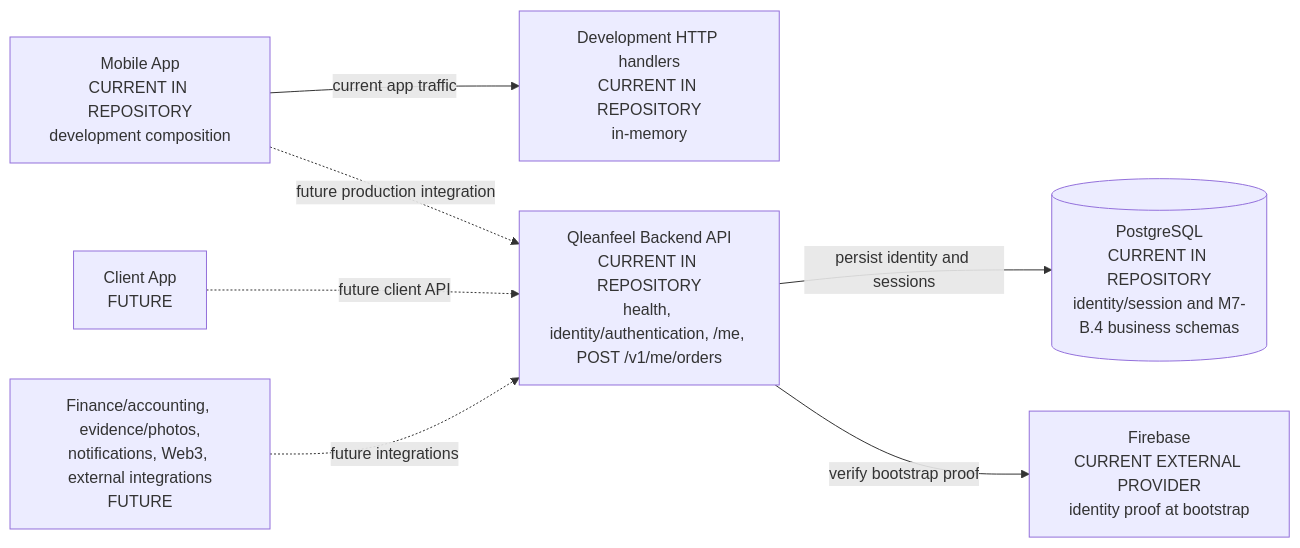
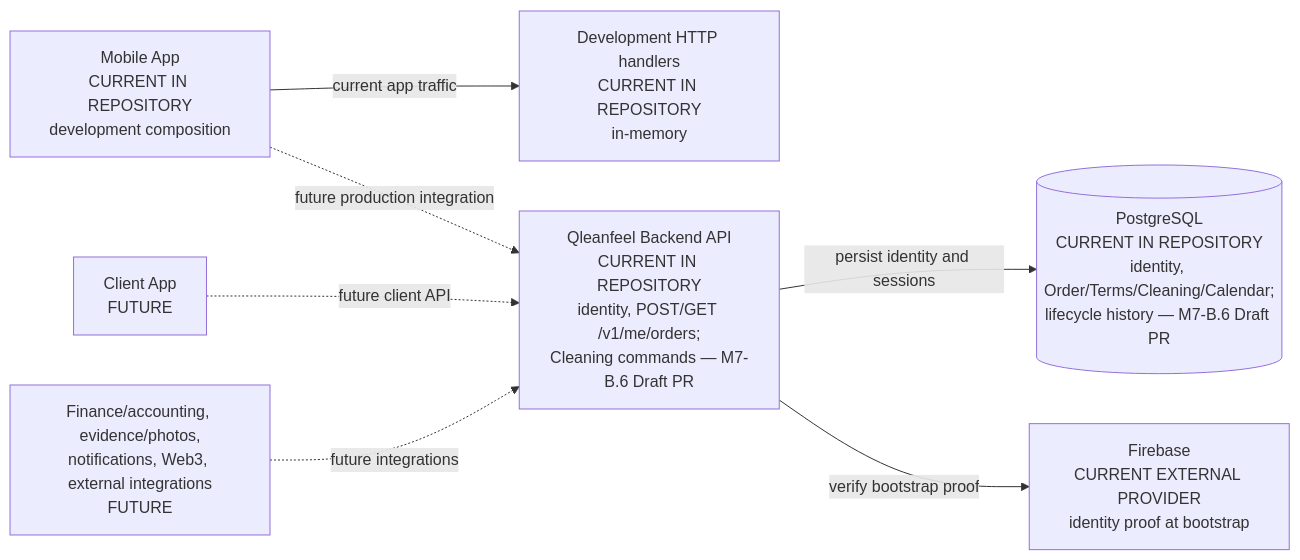
Before and after one commit to qleanfeel-bot/qleanfeel-rn: the first of 8 diagrams in docs/ARCHITECTURE_MAP.md, drawn with Mermaid. The commit also changed other lines of this file and 37 other files, not shown here.

````diff
--- a/docs/ARCHITECTURE_MAP.md
+++ b/docs/ARCHITECTURE_MAP.md
@@ -9,17 +9,17 @@
 ```mermaid
 flowchart LR
   Mobile["Mobile App<br/>CURRENT IN REPOSITORY<br/>development composition"]
   DevHTTP["Development HTTP handlers<br/>CURRENT IN REPOSITORY<br/>in-memory"]
-  Backend["Qleanfeel Backend API<br/>CURRENT IN REPOSITORY<br/>health, identity/authentication, /me, POST /v1/me/orders"]
-  DB[("PostgreSQL<br/>CURRENT IN REPOSITORY<br/>identity/session and M7-B.4 business schemas")]
+  Backend["Qleanfeel Backend API<br/>CURRENT IN REPOSITORY<br/>identity, POST/GET /v1/me/orders;<br/>Cleaning commands — M7-B.6 Draft PR"]
+  DB[("PostgreSQL<br/>CURRENT IN REPOSITORY<br/>identity, Order/Terms/Cleaning/Calendar;<br/>lifecycle history — M7-B.6 Draft PR")]
   Firebase["Firebase<br/>CURRENT EXTERNAL PROVIDER<br/>identity proof at bootstrap"]
   Client["Client App<br/>FUTURE"]
   Other["Finance/accounting, evidence/photos,<br/>notifications, Web3, external integrations<br/>FUTURE"]
 
   Mobile -->|"current app traffic"| DevHTTP
   Mobile -.->|"future production integration"| Backend
   Backend -->|"persist identity and sessions"| DB
   Backend -->|"verify bootstrap proof"| Firebase
   Client -.->|"future client API"| Backend
   Other -.->|"future integrations"| Backend
 ```
````
